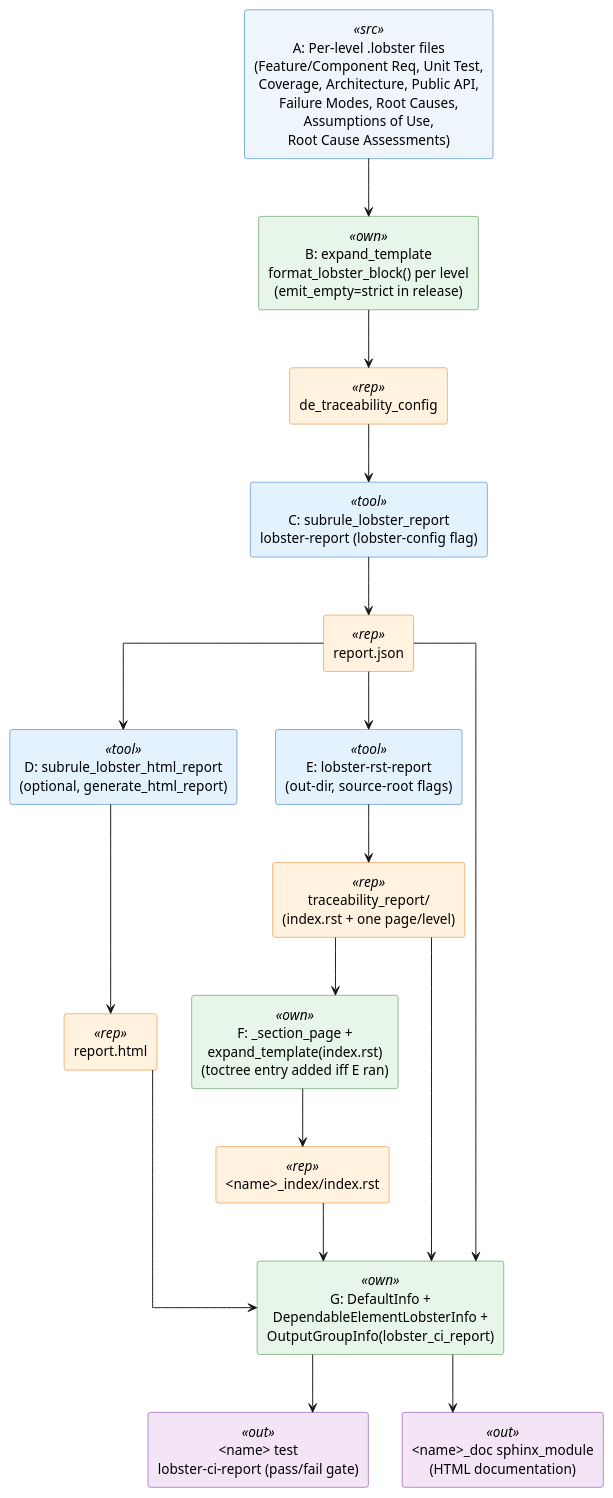
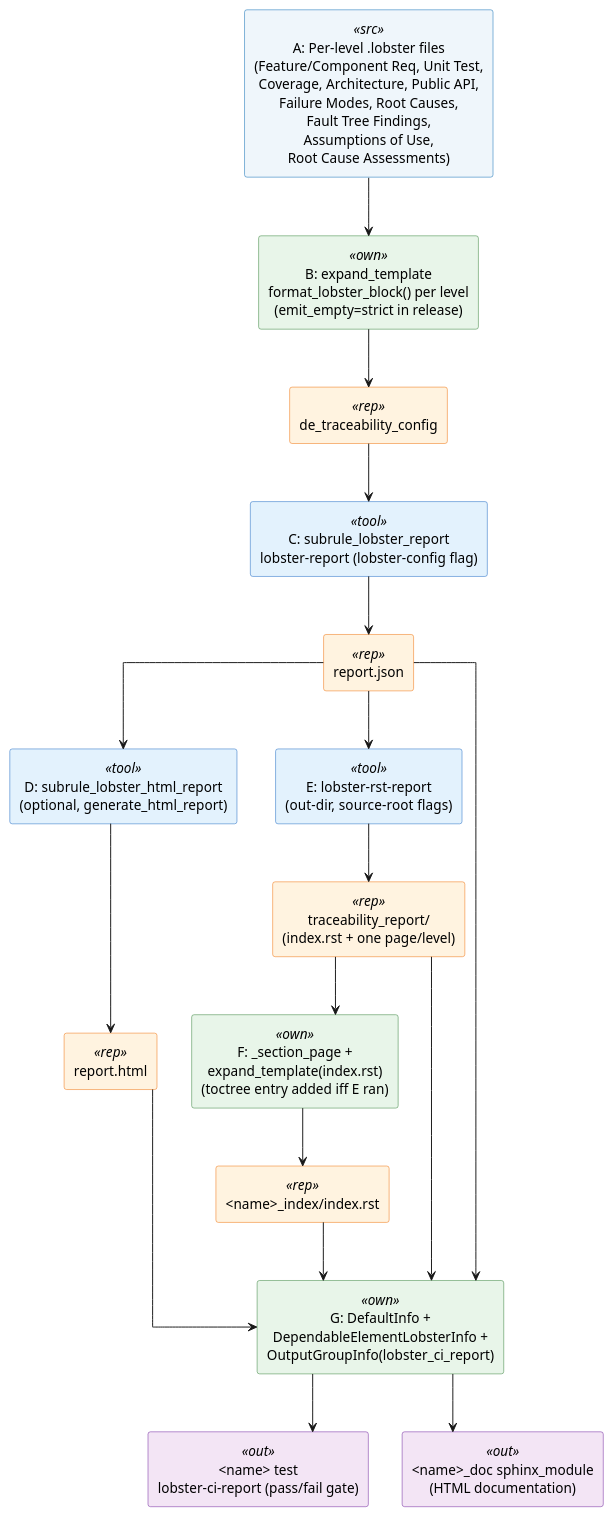
One commit to eclipse-score/tooling changed the diagram in bazel/rules/rules_score/docs/_assets/lobster_report_assembly.puml. Above: the diagram before and after it, drawn with PlantUML. The commit also changed 51 other files, not shown here.

```diff
--- a/bazel/rules/rules_score/docs/_assets/lobster_report_assembly.puml
+++ b/bazel/rules/rules_score/docs/_assets/lobster_report_assembly.puml
@@ -14,62 +14,62 @@
 @startuml lobster_report_assembly
 
 ' How the dependable_element _index rule assembles the lobster traceability
 ' report and splices it into the Sphinx documentation tree (stages A-G).
 
 skinparam linetype ortho
 skinparam ArrowFontSize 10
 skinparam defaultTextAlignment center
 
 skinparam rectangle {
     BackgroundColor<<src>> #EFF6FB
     BorderColor<<src>> #0066B1
     BackgroundColor<<tool>> #E3F2FD
     BorderColor<<tool>> #1565C0
     BackgroundColor<<own>> #E8F5E9
     BorderColor<<own>> #2E7D32
     BackgroundColor<<rep>> #FFF3E0
     BorderColor<<rep>> #EF6C00
     BackgroundColor<<out>> #F3E5F5
     BorderColor<<out>> #6A1B9A
 }
 
-rectangle "A: Per-level .lobster files\n(Feature/Component Req, Unit Test,\nCoverage, Architecture, Public API,\nFailure Modes, Root Causes,\nAssumptions of Use,\nRoot Cause Assessments)" <<src>> as A
+rectangle "A: Per-level .lobster files\n(Feature/Component Req, Unit Test,\nCoverage, Architecture, Public API,\nFailure Modes, Root Causes,\nFault Tree Findings,\nAssumptions of Use,\nRoot Cause Assessments)" <<src>> as A
 
 rectangle "B: expand_template\nformat_lobster_block() per level\n(emit_empty=strict in release)" <<own>> as B
 rectangle "de_traceability_config" <<rep>> as conf
 
 rectangle "C: subrule_lobster_report\nlobster-report (lobster-config flag)" <<tool>> as C
 rectangle "report.json" <<rep>> as report
 
 rectangle "D: subrule_lobster_html_report\n(optional, generate_html_report)" <<tool>> as D
 rectangle "report.html" <<rep>> as html
 
 rectangle "E: lobster-rst-report\n(out-dir, source-root flags)" <<tool>> as E
 rectangle "traceability_report/\n(index.rst + one page/level)" <<rep>> as rst
 
 rectangle "F: _section_page +\nexpand_template(index.rst)\n(toctree entry added iff E ran)" <<own>> as F
 rectangle "<name>_index/index.rst" <<rep>> as index
 
 rectangle "G: DefaultInfo +\nDependableElementLobsterInfo +\nOutputGroupInfo(lobster_ci_report)" <<own>> as G
 
 rectangle "<name> test\nlobster-ci-report (pass/fail gate)" <<out>> as gate
 rectangle "<name>_doc sphinx_module\n(HTML documentation)" <<out>> as docs
 
 A --> B
 B --> conf
 conf --> C
 C --> report
 report --> D
 D --> html
 report --> E
 E --> rst
 rst --> F
 F --> index
 report --> G
 html --> G
 rst --> G
 index --> G
 G --> gate
 G --> docs
 
 @enduml
```
